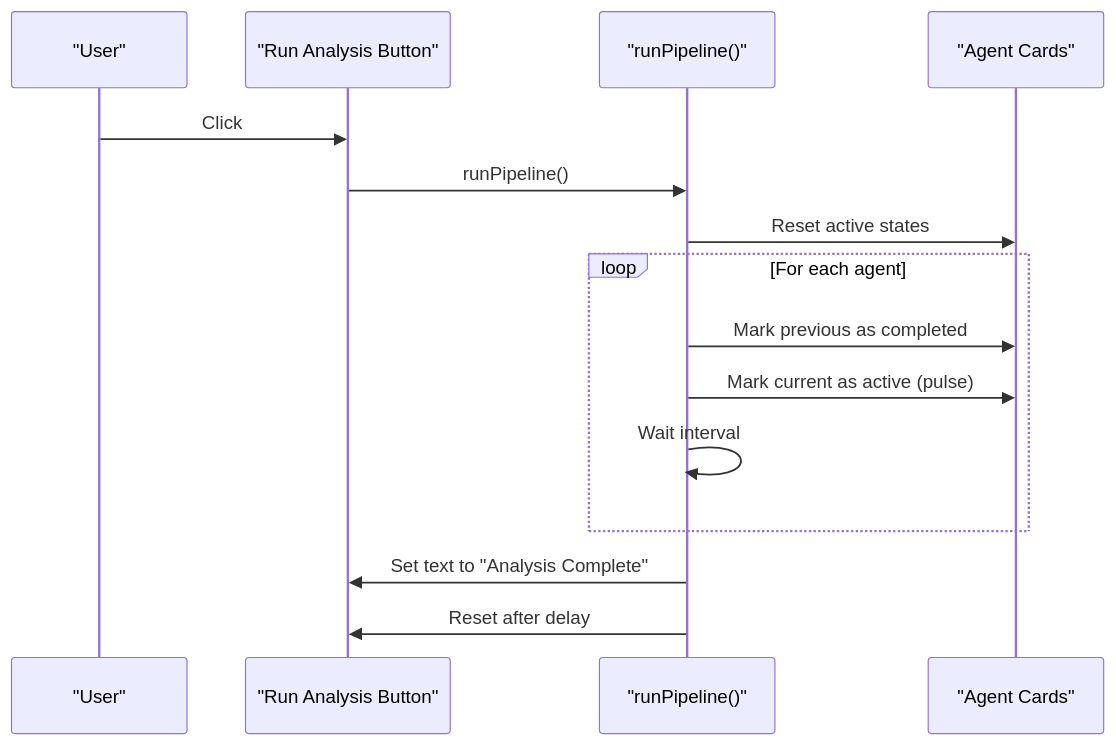
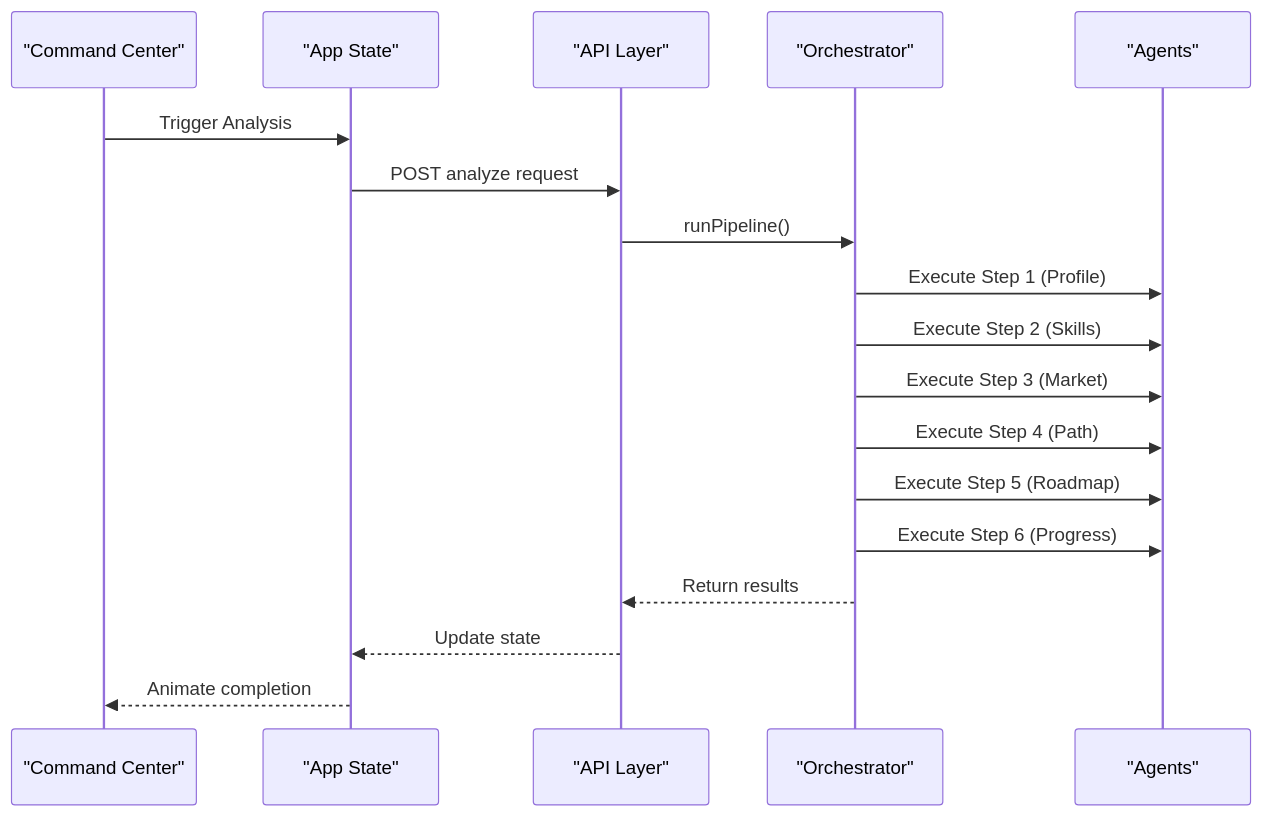
One commit to Alishba-Moin/CareerCompass changed the fourth of 6 diagrams in .qoder/repowiki/en/content/Customization Guide.md. Above: the diagram before and after it, drawn with Mermaid. The commit also changed other lines of this file and 38 other files, not shown here.

Commit message:
Add Roadmap pdf download option

````diff
--- a/.qoder/repowiki/en/content/Customization Guide.md
+++ b/.qoder/repowiki/en/content/Customization Guide.md
@@ -156,17 +194,20 @@
 ```mermaid
 sequenceDiagram
-participant U as "User"
-participant Btn as "Run Analysis Button"
-participant JS as "runPipeline()"
-participant Cards as "Agent Cards"
-U->>Btn : Click
-Btn->>JS : runPipeline()
-JS->>Cards : Reset active states
-loop For each agent
-JS->>Cards : Mark previous as completed
-JS->>Cards : Mark current as active (pulse)
-JS->>JS : Wait interval
-end
-JS->>Btn : Set text to "Analysis Complete"
-JS->>Btn : Reset after delay
+participant CC as "Command Center"
+participant APP as "App State"
+participant API as "API Layer"
+participant ORCH as "Orchestrator"
+participant AG as "Agents"
+CC->>APP : Trigger Analysis
+APP->>API : POST analyze request
+API->>ORCH : runPipeline()
+ORCH->>AG : Execute Step 1 (Profile)
+ORCH->>AG : Execute Step 2 (Skills)
+ORCH->>AG : Execute Step 3 (Market)
+ORCH->>AG : Execute Step 4 (Path)
+ORCH->>AG : Execute Step 5 (Roadmap)
+ORCH->>AG : Execute Step 6 (Progress)
+ORCH-->>API : Return results
+API-->>APP : Update state
+APP-->>CC : Animate completion
 ```
````
